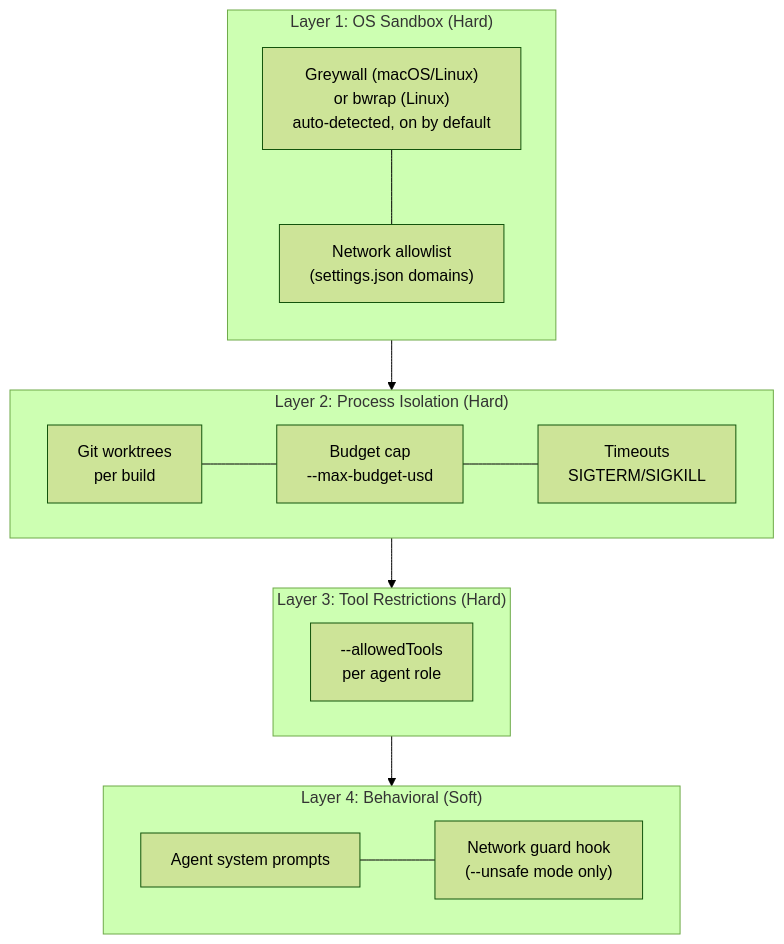
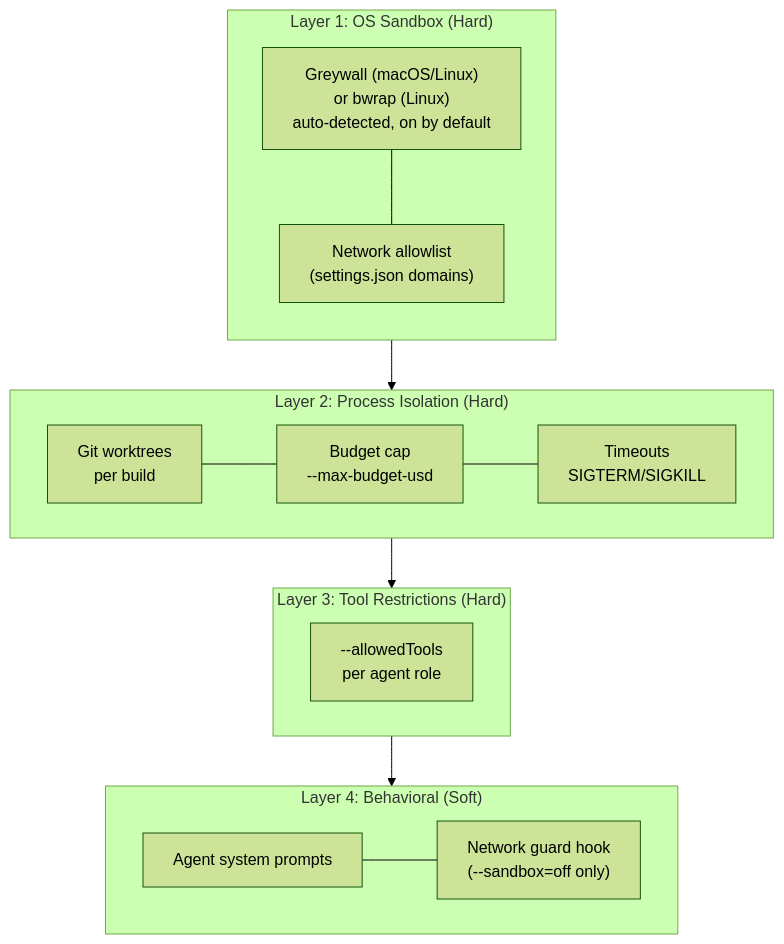
The diagram in docs/sandboxing-and-access-control.md (robmclarty/ridgeline), drawn with Mermaid (forest theme) before and after one commit. The commit also changed other lines of this file and 6 other files, not shown here.

````diff
--- a/docs/sandboxing-and-access-control.md
+++ b/docs/sandboxing-and-access-control.md
@@ -40,28 +40,28 @@
 ```mermaid
 flowchart TB
     subgraph layer1 ["Layer 1: OS Sandbox (Hard)"]
         direction TB
         sandbox["Greywall (macOS/Linux)\nor bwrap (Linux)\nauto-detected, on by default"]
         net["Network allowlist\n(settings.json domains)"]
         sandbox --- net
     end
 
     subgraph layer2 ["Layer 2: Process Isolation (Hard)"]
         worktree["Git worktrees\nper build"]
         budget["Budget cap\n--max-budget-usd"]
         timeout["Timeouts\nSIGTERM/SIGKILL"]
         worktree --- budget --- timeout
     end
 
     subgraph layer3 ["Layer 3: Tool Restrictions (Hard)"]
         tools["--allowedTools\nper agent role"]
     end
 
     subgraph layer4 ["Layer 4: Behavioral (Soft)"]
         prompts["Agent system prompts"]
-        hook["Network guard hook\n(--unsafe mode only)"]
+        hook["Network guard hook\n(--sandbox=off only)"]
         prompts --- hook
     end
 
     layer1 --> layer2 --> layer3 --> layer4
 ```
````
